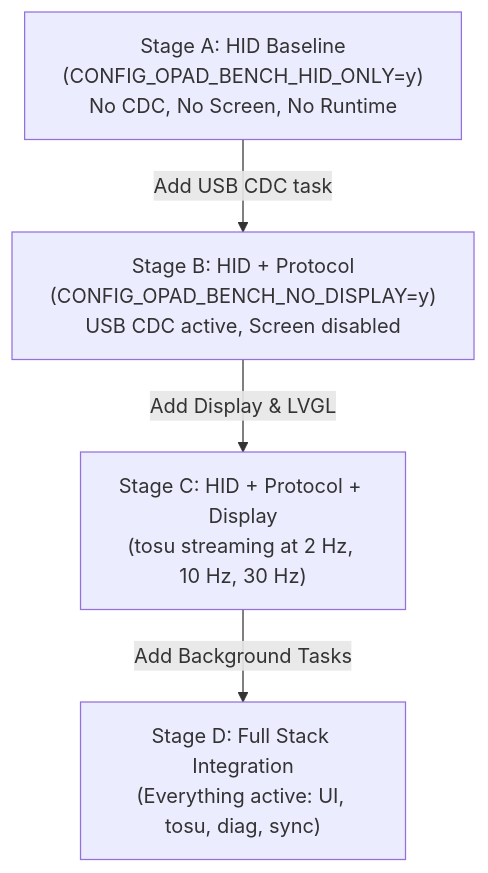
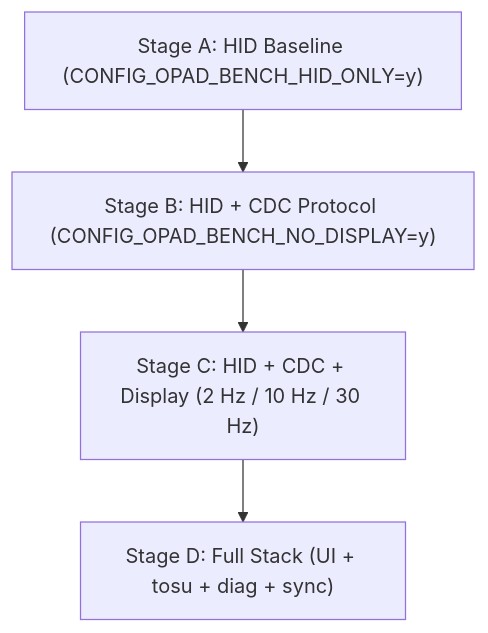
Before and after one commit to OPad-dev/OPad: the diagram in docs/develop/latency-testing.md, drawn with Mermaid. The commit also changed other lines of this file and 1 other file, not shown here.

````diff
--- a/docs/develop/latency-testing.md
+++ b/docs/develop/latency-testing.md
@@ -48,11 +26,9 @@
 ```mermaid
 flowchart TD
-    StageA["Stage A: HID Baseline\n(CONFIG_OPAD_BENCH_HID_ONLY=y)\nNo CDC, No Screen, No Runtime"]
-    StageB["Stage B: HID + Protocol\n(CONFIG_OPAD_BENCH_NO_DISPLAY=y)\nUSB CDC active, Screen disabled"]
-    StageC["Stage C: HID + Protocol + Display\n(tosu streaming at 2 Hz, 10 Hz, 30 Hz)"]
-    StageD["Stage D: Full Stack Integration\n(Everything active: UI, tosu, diag, sync)"]
+    StageA["Stage A: HID Baseline (CONFIG_OPAD_BENCH_HID_ONLY=y)"]
+    StageB["Stage B: HID + CDC Protocol (CONFIG_OPAD_BENCH_NO_DISPLAY=y)"]
+    StageC["Stage C: HID + CDC + Display (2 Hz / 10 Hz / 30 Hz)"]
+    StageD["Stage D: Full Stack (UI + tosu + diag + sync)"]
 
-    StageA -->|Add USB CDC task| StageB
-    StageB -->|Add Display & LVGL| StageC
-    StageC -->|Add Background Tasks| StageD
+    StageA --> StageB --> StageC --> StageD
 ```
````
